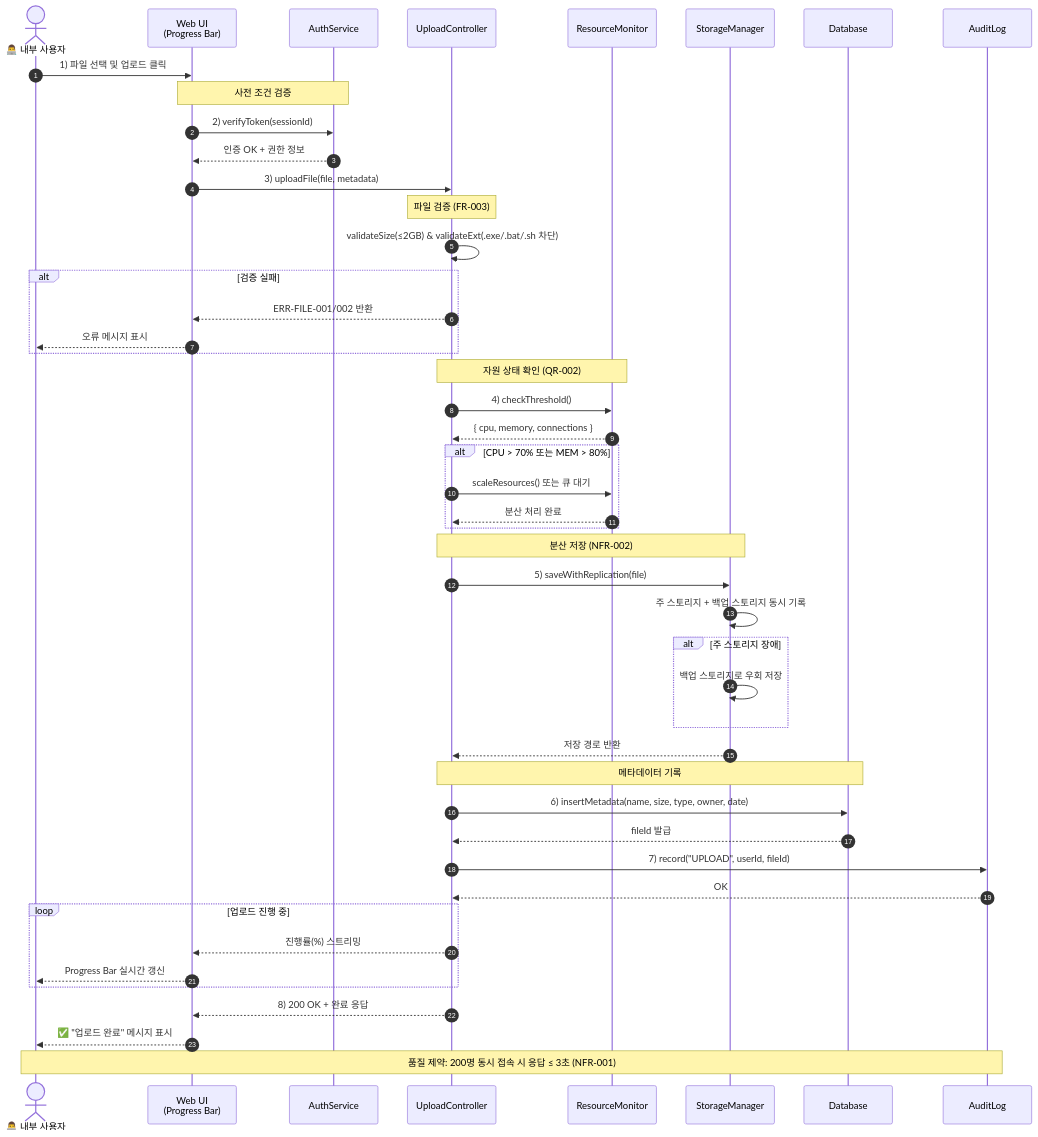
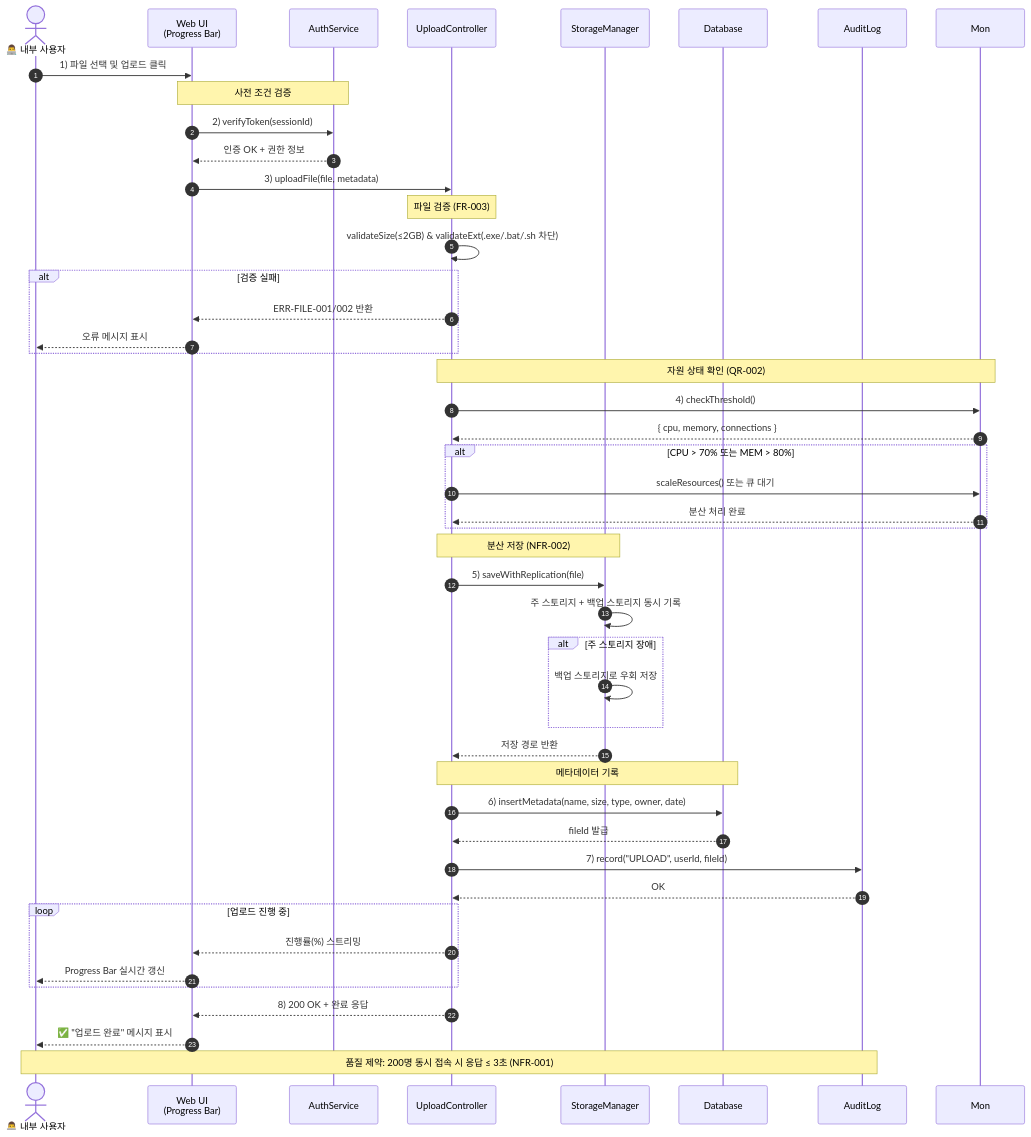
The third of 3 diagrams in doc/UML_Design.md (hjkim021118/se), drawn with Mermaid before and after one commit. The commit also changed other lines of this file, not shown here.

````diff
--- a/doc/UML_Design.md
+++ b/doc/UML_Design.md
@@ -270,64 +258,63 @@
 ```mermaid
 sequenceDiagram
     autonumber
     actor User as 👨‍💻 내부 사용자
     participant UI as Web UI<br/>(Progress Bar)
     participant Auth as AuthService
     participant Ctrl as UploadController
-    participant Mon as ResourceMonitor
     participant Store as StorageManager
     participant DB as Database
     participant Log as AuditLog
 
     User->>UI: 1) 파일 선택 및 업로드 클릭
 
     Note over UI,Auth: 사전 조건 검증
     UI->>Auth: 2) verifyToken(sessionId)
     Auth-->>UI: 인증 OK + 권한 정보
 
     UI->>Ctrl: 3) uploadFile(file, metadata)
 
     Note over Ctrl: 파일 검증 (FR-003)
     Ctrl->>Ctrl: validateSize(≤2GB) & validateExt(.exe/.bat/.sh 차단)
 
     alt 검증 실패
         Ctrl-->>UI: ERR-FILE-001/002 반환
         UI-->>User: 오류 메시지 표시
     end
 
     Note over Ctrl,Mon: 자원 상태 확인 (QR-002)
     Ctrl->>Mon: 4) checkThreshold()
     Mon-->>Ctrl: { cpu, memory, connections }
 
     alt CPU > 70% 또는 MEM > 80%
         Ctrl->>Mon: scaleResources() 또는 큐 대기
         Mon-->>Ctrl: 분산 처리 완료
     end
 
     Note over Ctrl,Store: 분산 저장 (NFR-002)
     Ctrl->>Store: 5) saveWithReplication(file)
     Store->>Store: 주 스토리지 + 백업 스토리지 동시 기록
 
     alt 주 스토리지 장애
         Store->>Store: 백업 스토리지로 우회 저장
     end
 
     Store-->>Ctrl: 저장 경로 반환
 
     Note over Ctrl,DB: 메타데이터 기록
     Ctrl->>DB: 6) insertMetadata(name, size, type, owner, date)
     DB-->>Ctrl: fileId 발급
 
     Ctrl->>Log: 7) record("UPLOAD", userId, fileId)
     Log-->>Ctrl: OK
 
     loop 업로드 진행 중
         Ctrl-->>UI: 진행률(%) 스트리밍
         UI-->>User: Progress Bar 실시간 갱신
     end
 
     Ctrl-->>UI: 8) 200 OK + 완료 응답
     UI-->>User: ✅ "업로드 완료" 메시지 표시
 
     Note over User,Log: 품질 제약: 200명 동시 접속 시 응답 ≤ 3초 (NFR-001)
 ```
````
